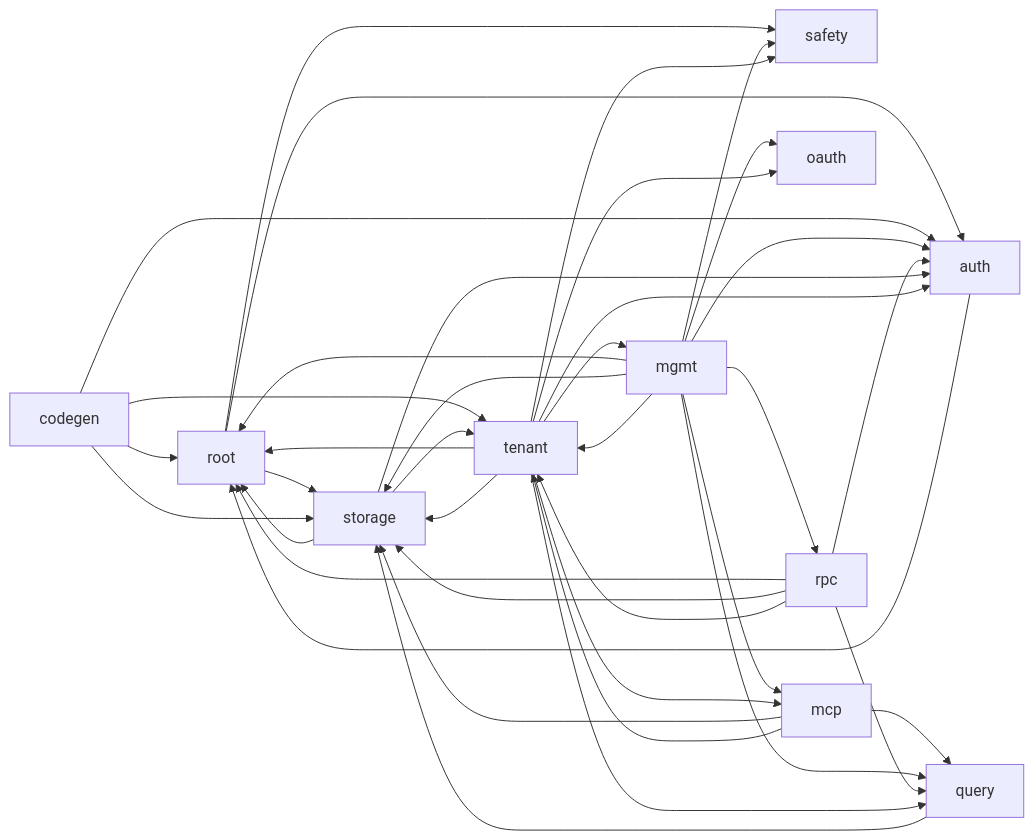
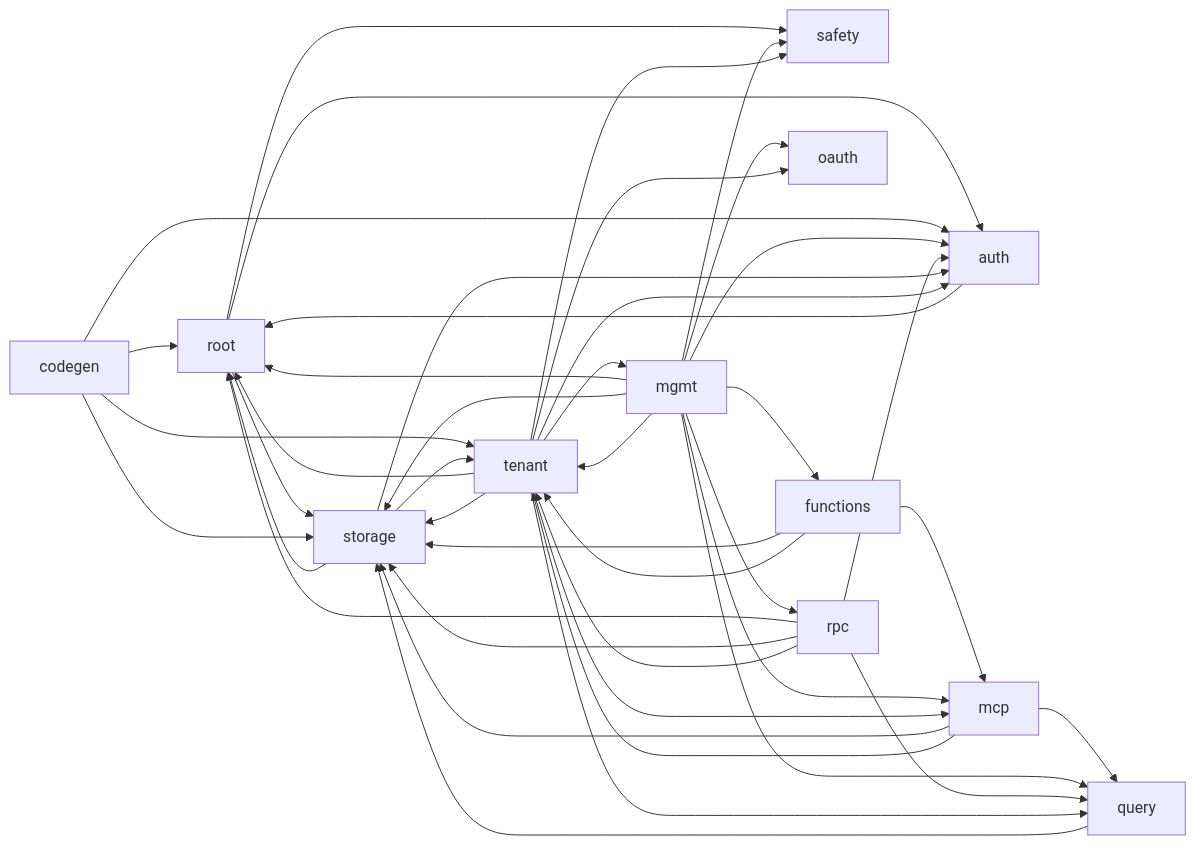
Before and after one commit to KaelLim/drust: the diagram in docs/architecture.md, drawn with Mermaid. The commit also changed other lines of this file and 3 other files, not shown here.

````diff
--- a/docs/architecture.md
+++ b/docs/architecture.md
@@ -37,40 +38,44 @@
 ```mermaid
 graph LR
   root --> auth
   root --> safety
   root --> storage
   auth --> root
   codegen --> root
   codegen --> auth
   codegen --> storage
   codegen --> tenant
+  functions --> mcp
+  functions --> storage
+  functions --> tenant
   mcp --> query
   mcp --> storage
   mcp --> tenant
   mgmt --> root
   mgmt --> auth
+  mgmt --> functions
   mgmt --> mcp
   mgmt --> oauth
   mgmt --> query
   mgmt --> rpc
   mgmt --> safety
   mgmt --> storage
   mgmt --> tenant
   query --> storage
   rpc --> root
   rpc --> auth
   rpc --> query
   rpc --> storage
   rpc --> tenant
   storage --> root
   storage --> auth
   storage --> tenant
   tenant --> root
   tenant --> auth
   tenant --> mcp
   tenant --> mgmt
   tenant --> oauth
   tenant --> query
   tenant --> safety
   tenant --> storage
 ```
````
